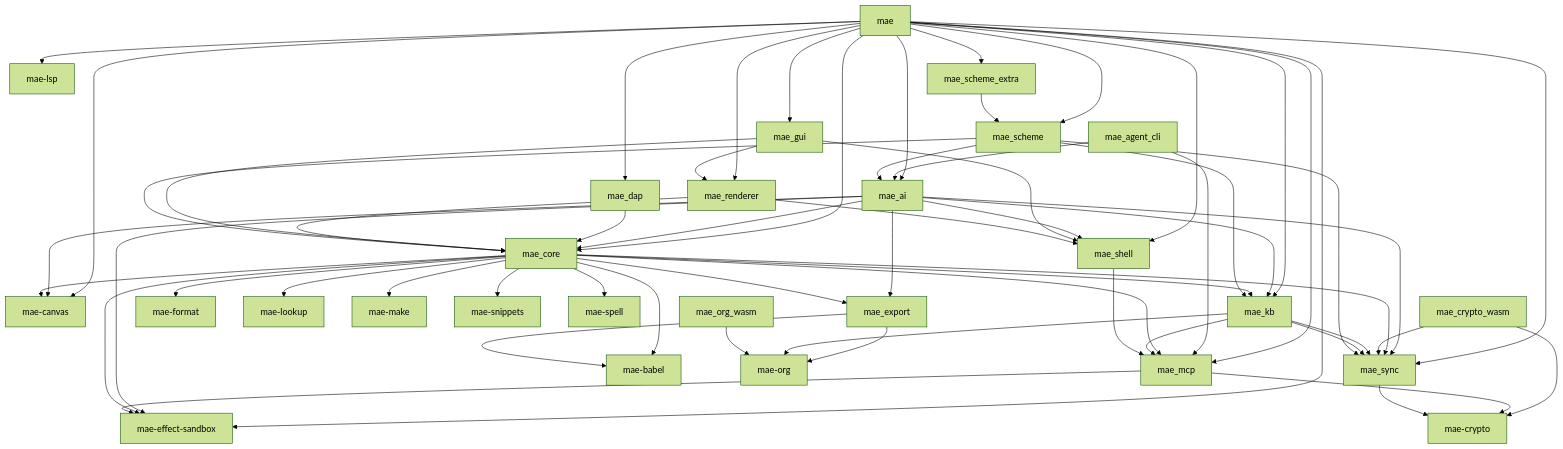
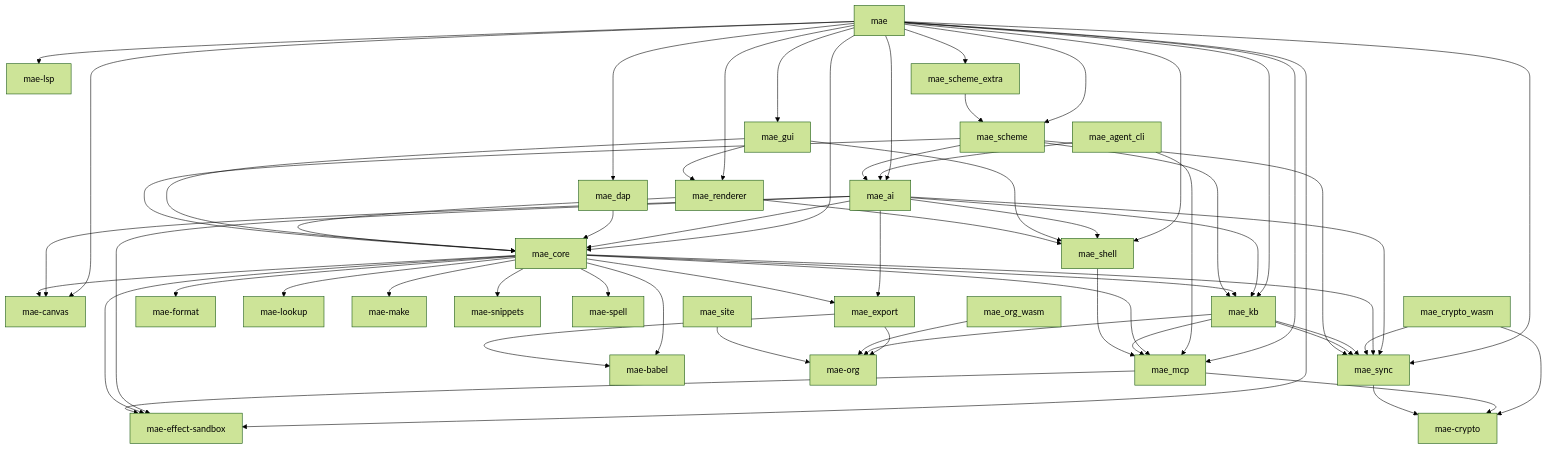
Before and after one commit to cuttlefisch/mae: the diagram in docs/CODE_MAP.md, drawn with Mermaid (forest theme). The commit also changed other lines of this file and 11 other files, not shown here.

````diff
--- a/docs/CODE_MAP.md
+++ b/docs/CODE_MAP.md
@@ -7,73 +7,74 @@
 ```mermaid
 graph TD
     mae --> mae_ai
     mae --> mae_canvas
     mae --> mae_core
     mae --> mae_dap
     mae --> mae_effect_sandbox
     mae --> mae_gui
     mae --> mae_kb
     mae --> mae_lsp
     mae --> mae_mcp
     mae --> mae_renderer
     mae --> mae_scheme
     mae --> mae_scheme_extra
     mae --> mae_shell
     mae --> mae_sync
     mae_agent_cli --> mae_ai
     mae_agent_cli --> mae_mcp
     mae_ai --> mae_canvas
     mae_ai --> mae_core
     mae_ai --> mae_effect_sandbox
     mae_ai --> mae_export
     mae_ai --> mae_kb
     mae_ai --> mae_shell
     mae_ai --> mae_sync
     mae_babel[mae-babel]
     mae_canvas[mae-canvas]
     mae_core --> mae_babel
     mae_core --> mae_canvas
     mae_core --> mae_effect_sandbox
     mae_core --> mae_export
     mae_core --> mae_format
     mae_core --> mae_kb
     mae_core --> mae_lookup
     mae_core --> mae_make
     mae_core --> mae_snippets
     mae_core --> mae_spell
     mae_core --> mae_sync
     mae_core --> mae_mcp
     mae_crypto[mae-crypto]
     mae_crypto_wasm --> mae_crypto
     mae_crypto_wasm --> mae_sync
     mae_dap --> mae_core
     mae_effect_sandbox[mae-effect-sandbox]
     mae_export --> mae_babel
     mae_export --> mae_org
     mae_format[mae-format]
     mae_gui --> mae_core
     mae_gui --> mae_renderer
     mae_gui --> mae_shell
     mae_kb --> mae_mcp
     mae_kb --> mae_org
     mae_kb --> mae_sync
     mae_kb --> mae_sync
     mae_lookup[mae-lookup]
     mae_lsp[mae-lsp]
     mae_make[mae-make]
     mae_mcp --> mae_crypto
     mae_mcp --> mae_effect_sandbox
     mae_org[mae-org]
     mae_org_wasm --> mae_org
     mae_renderer --> mae_core
     mae_renderer --> mae_shell
     mae_scheme --> mae_ai
     mae_scheme --> mae_core
     mae_scheme --> mae_kb
     mae_scheme --> mae_sync
     mae_scheme_extra --> mae_scheme
     mae_shell --> mae_mcp
+    mae_site --> mae_org
     mae_snippets[mae-snippets]
     mae_spell[mae-spell]
     mae_sync --> mae_crypto
 ```
````
